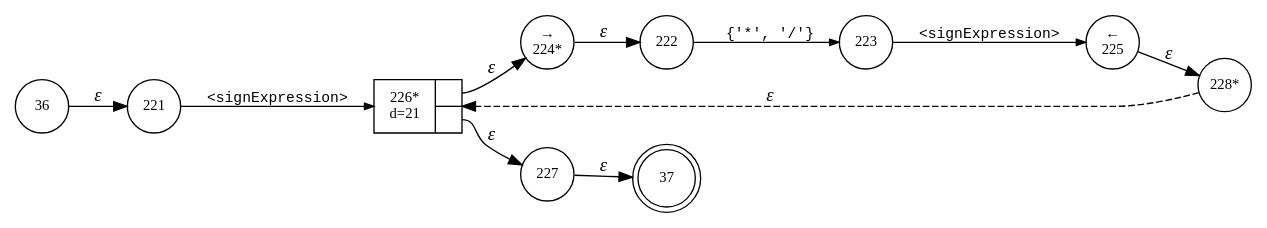
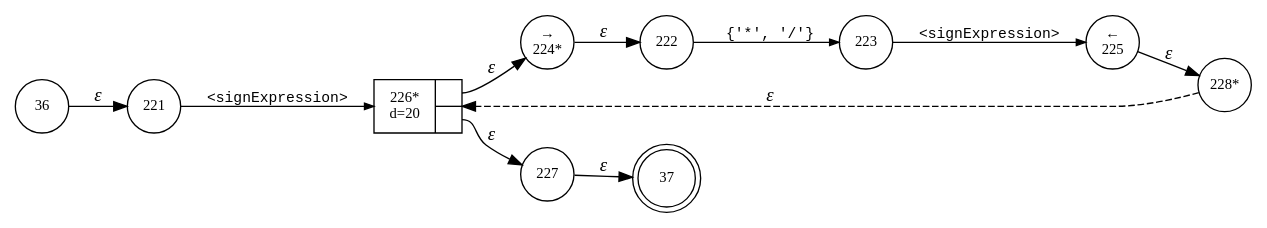
The diagram in interpreter/logo/logo.multiplyingExpression.dot (Shinigami072/Compilers-LogoInterpreter), drawn with Graphviz before and after one commit. The commit also changed 20 other files, not shown here.

```diff
--- a/interpreter/logo/logo.multiplyingExpression.dot
+++ b/interpreter/logo/logo.multiplyingExpression.dot
@@ -1,23 +1,23 @@
 digraph ATN {
 rankdir=LR;
 s37[fontsize=11, label="37", shape=doublecircle, fixedsize=true, width=.6];
 s224[fontsize=11,label="&rarr;\n224*", shape=circle, fixedsize=true, width=.55, peripheries=1];
 s225[fontsize=11,label="&larr;\n225", shape=circle, fixedsize=true, width=.55, peripheries=1];
-s226[fontsize=11,label="{226*\nd=21|{<p0>|<p1>}}", shape=record, fixedsize=false, peripheries=1];
+s226[fontsize=11,label="{226*\nd=20|{<p0>|<p1>}}", shape=record, fixedsize=false, peripheries=1];
 s227[fontsize=11,label="227", shape=circle, fixedsize=true, width=.55, peripheries=1];
 s36[fontsize=11,label="36", shape=circle, fixedsize=true, width=.55, peripheries=1];
 s228[fontsize=11,label="228*", shape=circle, fixedsize=true, width=.55, peripheries=1];
 s221[fontsize=11,label="221", shape=circle, fixedsize=true, width=.55, peripheries=1];
 s222[fontsize=11,label="222", shape=circle, fixedsize=true, width=.55, peripheries=1];
 s223[fontsize=11,label="223", shape=circle, fixedsize=true, width=.55, peripheries=1];
 s36 -> s221 [fontname="Times-Italic", label="&epsilon;"];
 s221 -> s226 [fontsize=11, fontname="Courier", arrowsize=.7, label = "<signExpression>", arrowhead = normal];
 s226:p0 -> s224 [fontname="Times-Italic", label="&epsilon;"];
 s226:p1 -> s227 [fontname="Times-Italic", label="&epsilon;"];
 s224 -> s222 [fontname="Times-Italic", label="&epsilon;"];
 s227 -> s37 [fontname="Times-Italic", label="&epsilon;"];
 s222 -> s223 [fontsize=11, fontname="Courier", arrowsize=.7, label = "{'*', '/'}", arrowhead = normal];
 s223 -> s225 [fontsize=11, fontname="Courier", arrowsize=.7, label = "<signExpression>", arrowhead = normal];
 s225 -> s228 [fontname="Times-Italic", label="&epsilon;"];
 s228 -> s226 [fontname="Times-Italic", label="&epsilon;", style="dashed"];
 }
```
